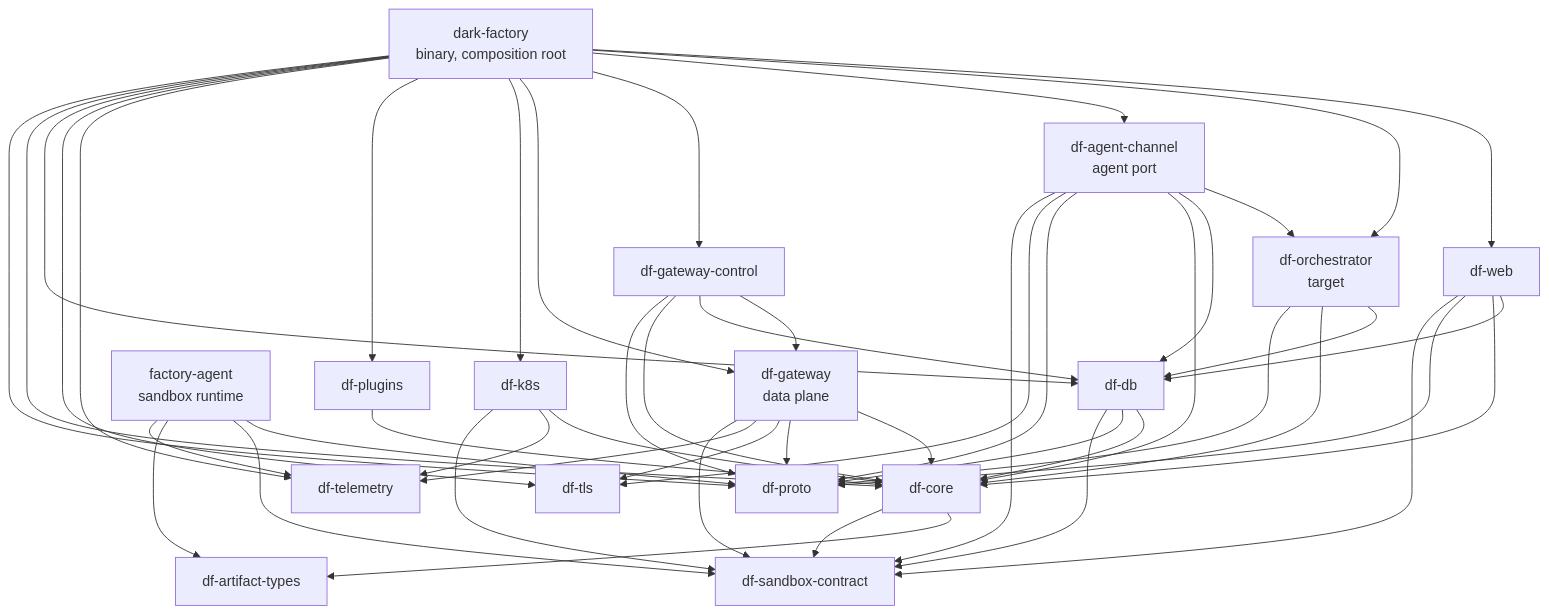
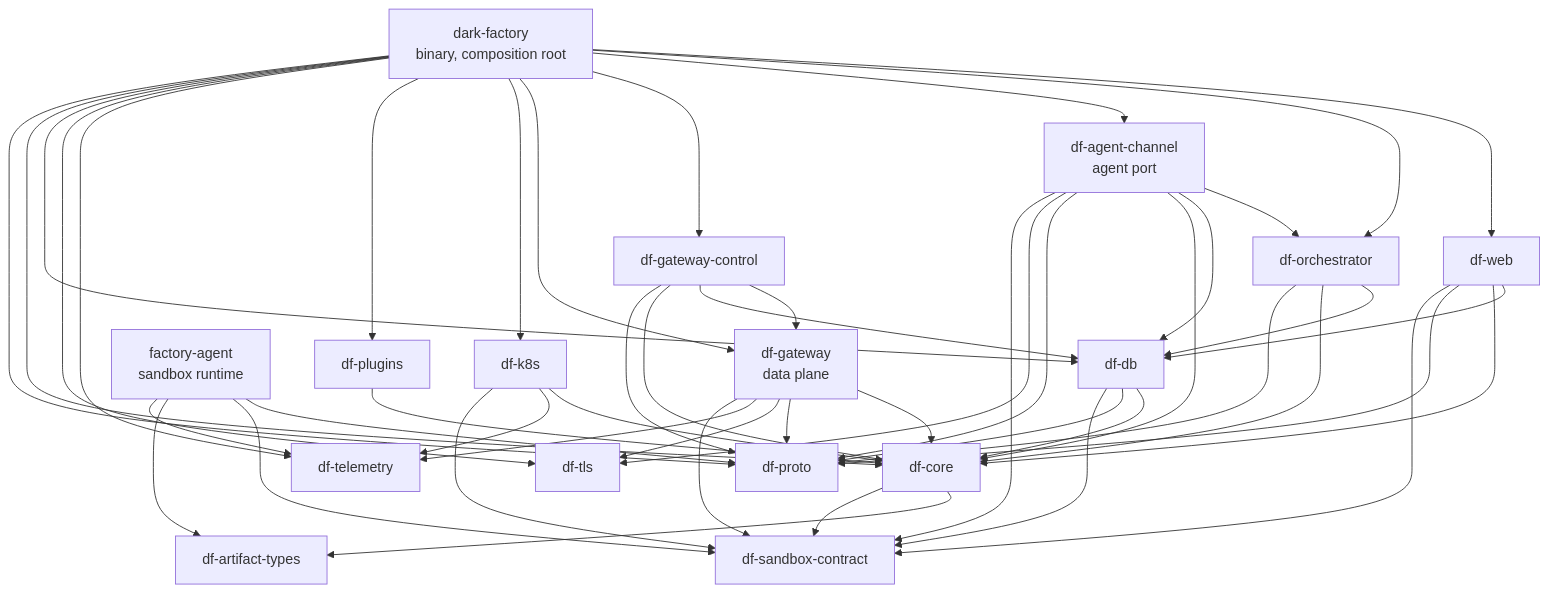
One commit to prskr/dark-factory changed the diagram in docs/architecture.md. Above: the diagram before and after it, drawn with Mermaid. The commit also changed other lines of this file and 56 other files, not shown here.

````diff
--- a/docs/architecture.md
+++ b/docs/architecture.md
@@ -9,31 +9,31 @@
 ```mermaid
 flowchart TD
     bin[dark-factory<br/>binary, composition root]
     web[df-web]
-    orch[df-orchestrator<br/>target]
+    orch[df-orchestrator]
     chan[df-agent-channel<br/>agent port]
     gwc[df-gateway-control]
     gw[df-gateway<br/>data plane]
     k8s[df-k8s]
     plug[df-plugins]
     db[df-db]
     proto[df-proto]
     core[df-core]
     tls[df-tls]
     tel[df-telemetry]
     sbx[df-sandbox-contract]
     art[df-artifact-types]
     agent[factory-agent<br/>sandbox runtime]
 
     bin --> web & orch & chan & gwc & gw & k8s & plug & tel & tls & db & core & proto
     web --> db & core & proto & sbx
     orch --> db & core & proto
     chan --> orch & db & core & proto & tls & sbx
     gwc --> gw & db & core & proto
     gw --> core & proto & tls & tel & sbx
     k8s --> core & tel & sbx
     plug --> core
     db --> core & proto & sbx
     core --> art & sbx
     agent --> proto & sbx & art & tel
 ```
````
